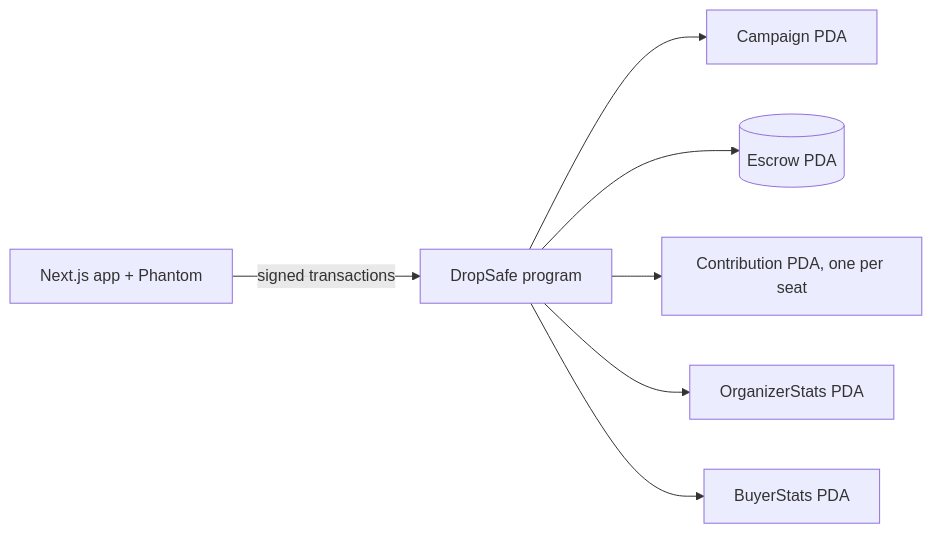
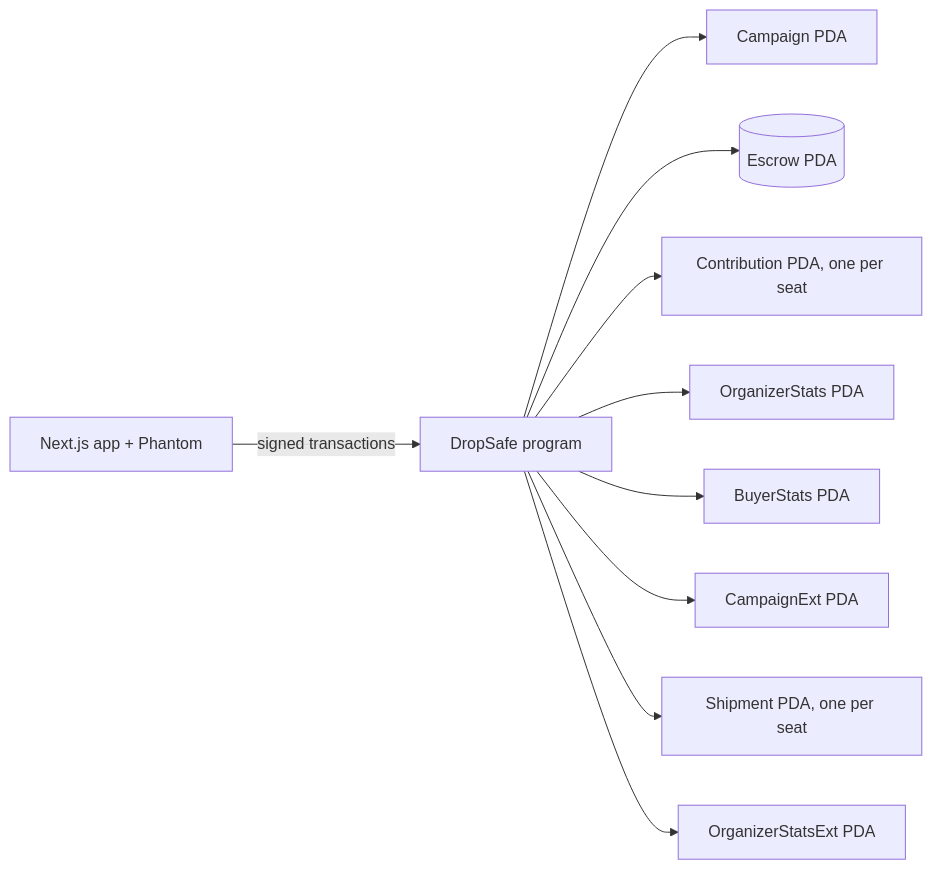
Before and after one commit to manxichen-boop/dropsafe: the first of 4 diagrams in README.md, drawn with Mermaid. The commit also changed other lines of this file and 11 other files, not shown here.

First line of the commit message:
feat(app): shipment panel, two report kinds, extension and per-seat deadlines

````diff
--- a/README.md
+++ b/README.md
@@ -38,9 +38,12 @@
 ```mermaid
 flowchart LR
     W[Next.js app + Phantom] -- signed transactions --> S[DropSafe program]
     S --> C[Campaign PDA]
     S --> E[(Escrow PDA)]
     S --> P[Contribution PDA, one per seat]
     S --> O[OrganizerStats PDA]
     S --> B[BuyerStats PDA]
+    S --> X[CampaignExt PDA]
+    S --> H[Shipment PDA, one per seat]
+    S --> Y[OrganizerStatsExt PDA]
 ```
````
